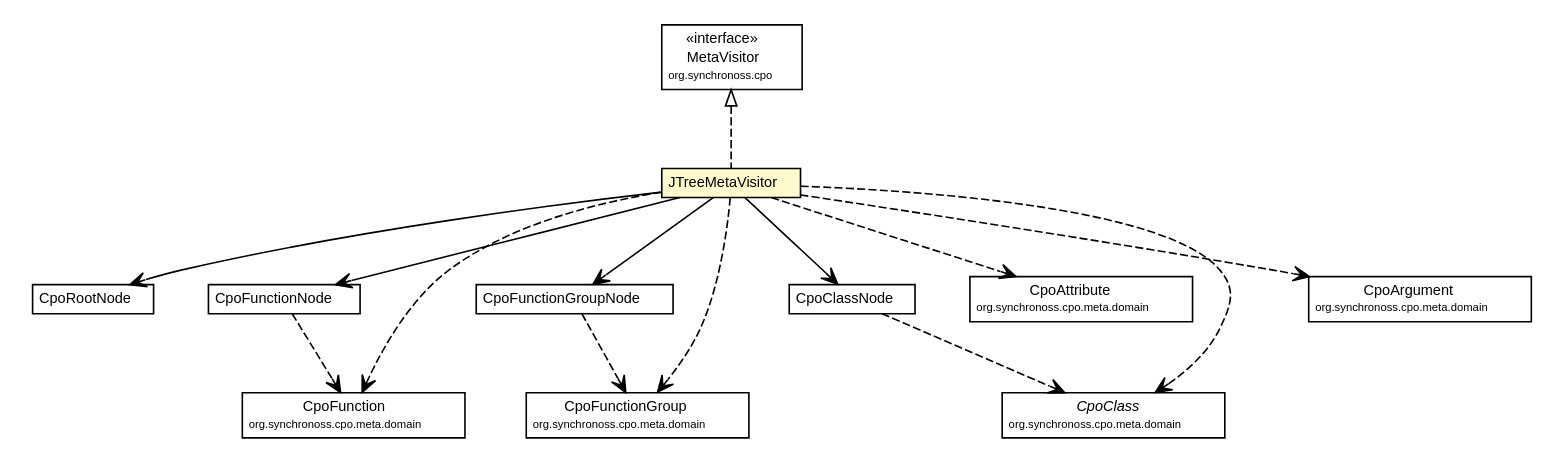
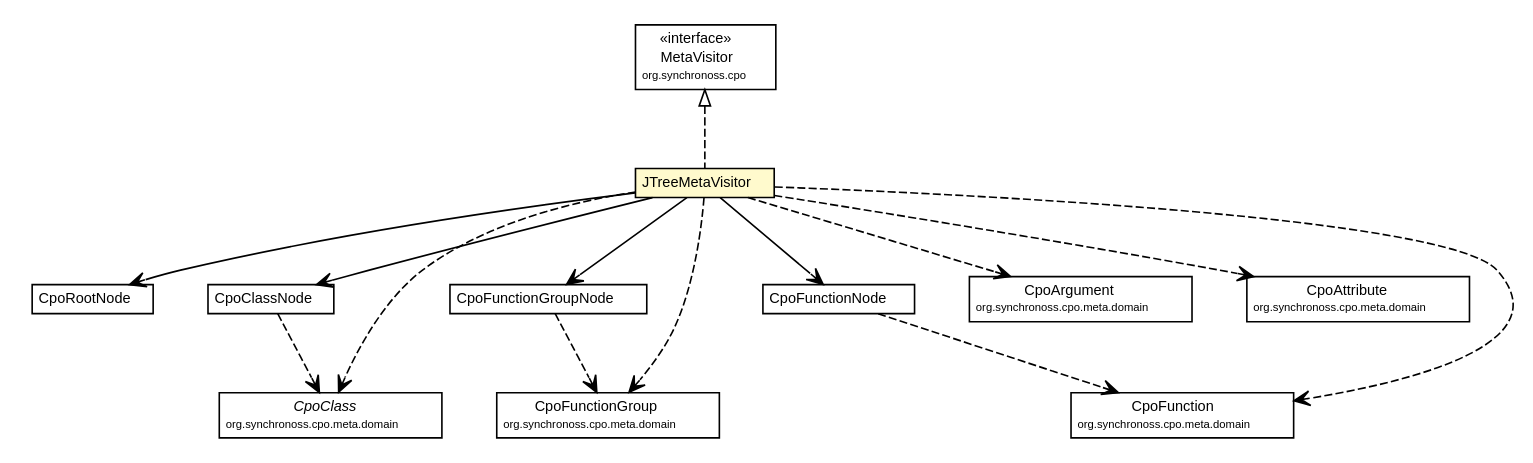
The diagram in site/apidocs/org/synchronoss/cpo/util/JTreeMetaVisitor.dot (synchronoss/cpo-util), drawn with Graphviz before and after one commit. The commit also changed 282 other files, not shown here.

Commit message:
Creating site for cpoUtil, 5.1.1-SNAPSHOT

```diff
--- a/site/apidocs/org/synchronoss/cpo/util/JTreeMetaVisitor.dot
+++ b/site/apidocs/org/synchronoss/cpo/util/JTreeMetaVisitor.dot
@@ -1,109 +1,109 @@
 #!/usr/local/bin/dot
 #
 # Class diagram 
 # Generated by UmlGraph version 4.6 (http://www.spinellis.gr/sw/umlgraph)
 #
 
 digraph G {
 	edge [fontname="Helvetica",fontsize=10,labelfontname="Helvetica",labelfontsize=10];
 	node [fontname="Helvetica",fontsize=10,shape=plaintext];
 	// org.synchronoss.cpo.util.JTreeMetaVisitor
 	c1707 [label=<<table border="0" cellborder="1" cellspacing="0" cellpadding="2" port="p" bgcolor="lemonChiffon" href="./JTreeMetaVisitor.html">
 		<tr><td><table border="0" cellspacing="0" cellpadding="1">
 			<tr><td> JTreeMetaVisitor </td></tr>
 		</table></td></tr>
 		</table>>, fontname="Helvetica", fontcolor="black", fontsize=9.0];
 	// org.synchronoss.cpo.util.CpoRootNode
 	c1715 [label=<<table border="0" cellborder="1" cellspacing="0" cellpadding="2" port="p" href="./CpoRootNode.html">
 		<tr><td><table border="0" cellspacing="0" cellpadding="1">
 			<tr><td> CpoRootNode </td></tr>
 		</table></td></tr>
 		</table>>, fontname="Helvetica", fontcolor="black", fontsize=9.0];
 	// org.synchronoss.cpo.util.CpoFunctionNode
 	c1721 [label=<<table border="0" cellborder="1" cellspacing="0" cellpadding="2" port="p" href="./CpoFunctionNode.html">
 		<tr><td><table border="0" cellspacing="0" cellpadding="1">
 			<tr><td> CpoFunctionNode </td></tr>
 		</table></td></tr>
 		</table>>, fontname="Helvetica", fontcolor="black", fontsize=9.0];
 	// org.synchronoss.cpo.util.CpoClassNode
 	c1723 [label=<<table border="0" cellborder="1" cellspacing="0" cellpadding="2" port="p" href="./CpoClassNode.html">
 		<tr><td><table border="0" cellspacing="0" cellpadding="1">
 			<tr><td> CpoClassNode </td></tr>
 		</table></td></tr>
 		</table>>, fontname="Helvetica", fontcolor="black", fontsize=9.0];
 	// org.synchronoss.cpo.util.CpoFunctionGroupNode
 	c1728 [label=<<table border="0" cellborder="1" cellspacing="0" cellpadding="2" port="p" href="./CpoFunctionGroupNode.html">
 		<tr><td><table border="0" cellspacing="0" cellpadding="1">
 			<tr><td> CpoFunctionGroupNode </td></tr>
 		</table></td></tr>
 		</table>>, fontname="Helvetica", fontcolor="black", fontsize=9.0];
 	//org.synchronoss.cpo.util.JTreeMetaVisitor implements org.synchronoss.cpo.MetaVisitor
 	c1764:p -> c1707:p [dir=back,arrowtail=empty,style=dashed];
 	// org.synchronoss.cpo.util.JTreeMetaVisitor NAVASSOC org.synchronoss.cpo.util.CpoRootNode
 	c1707:p -> c1715:p [taillabel="", label="", headlabel="", fontname="Helvetica", fontcolor="black", fontsize=10.0, color="black", arrowhead=open];
 	// org.synchronoss.cpo.util.JTreeMetaVisitor NAVASSOC org.synchronoss.cpo.util.CpoClassNode
 	c1707:p -> c1723:p [taillabel="", label="", headlabel="", fontname="Helvetica", fontcolor="black", fontsize=10.0, color="black", arrowhead=open];
 	// org.synchronoss.cpo.util.JTreeMetaVisitor NAVASSOC org.synchronoss.cpo.util.CpoFunctionGroupNode
 	c1707:p -> c1728:p [taillabel="", label="", headlabel="", fontname="Helvetica", fontcolor="black", fontsize=10.0, color="black", arrowhead=open];
 	// org.synchronoss.cpo.util.JTreeMetaVisitor NAVASSOC org.synchronoss.cpo.util.CpoFunctionNode
 	c1707:p -> c1721:p [taillabel="", label="", headlabel="", fontname="Helvetica", fontcolor="black", fontsize=10.0, color="black", arrowhead=open];
 	// org.synchronoss.cpo.util.JTreeMetaVisitor DEPEND org.synchronoss.cpo.meta.domain.CpoFunctionGroup
 	c1707:p -> c1766:p [taillabel="", label="", headlabel="", fontname="Helvetica", fontcolor="black", fontsize=10.0, color="black", arrowhead=open, style=dashed];
+	// org.synchronoss.cpo.util.JTreeMetaVisitor DEPEND org.synchronoss.cpo.meta.domain.CpoClass
+	c1707:p -> c1767:p [taillabel="", label="", headlabel="", fontname="Helvetica", fontcolor="black", fontsize=10.0, color="black", arrowhead=open, style=dashed];
+	// org.synchronoss.cpo.util.JTreeMetaVisitor DEPEND org.synchronoss.cpo.meta.domain.CpoArgument
+	c1707:p -> c1768:p [taillabel="", label="", headlabel="", fontname="Helvetica", fontcolor="black", fontsize=10.0, color="black", arrowhead=open, style=dashed];
+	// org.synchronoss.cpo.util.JTreeMetaVisitor DEPEND org.synchronoss.cpo.meta.domain.CpoAttribute
+	c1707:p -> c1769:p [taillabel="", label="", headlabel="", fontname="Helvetica", fontcolor="black", fontsize=10.0, color="black", arrowhead=open, style=dashed];
 	// org.synchronoss.cpo.util.JTreeMetaVisitor DEPEND org.synchronoss.cpo.meta.domain.CpoFunction
-	c1707:p -> c1767:p [taillabel="", label="", headlabel="", fontname="Helvetica", fontcolor="black", fontsize=10.0, color="black", arrowhead=open, style=dashed];
-	// org.synchronoss.cpo.util.JTreeMetaVisitor DEPEND org.synchronoss.cpo.meta.domain.CpoAttribute
-	c1707:p -> c1768:p [taillabel="", label="", headlabel="", fontname="Helvetica", fontcolor="black", fontsize=10.0, color="black", arrowhead=open, style=dashed];
-	// org.synchronoss.cpo.util.JTreeMetaVisitor DEPEND org.synchronoss.cpo.meta.domain.CpoClass
-	c1707:p -> c1769:p [taillabel="", label="", headlabel="", fontname="Helvetica", fontcolor="black", fontsize=10.0, color="black", arrowhead=open, style=dashed];
-	// org.synchronoss.cpo.util.JTreeMetaVisitor DEPEND org.synchronoss.cpo.meta.domain.CpoArgument
 	c1707:p -> c1770:p [taillabel="", label="", headlabel="", fontname="Helvetica", fontcolor="black", fontsize=10.0, color="black", arrowhead=open, style=dashed];
 	// org.synchronoss.cpo.util.CpoFunctionNode DEPEND org.synchronoss.cpo.meta.domain.CpoFunction
-	c1721:p -> c1767:p [taillabel="", label="", headlabel="", fontname="Helvetica", fontcolor="black", fontsize=10.0, color="black", arrowhead=open, style=dashed];
+	c1721:p -> c1770:p [taillabel="", label="", headlabel="", fontname="Helvetica", fontcolor="black", fontsize=10.0, color="black", arrowhead=open, style=dashed];
 	// org.synchronoss.cpo.util.CpoClassNode DEPEND org.synchronoss.cpo.meta.domain.CpoClass
-	c1723:p -> c1769:p [taillabel="", label="", headlabel="", fontname="Helvetica", fontcolor="black", fontsize=10.0, color="black", arrowhead=open, style=dashed];
+	c1723:p -> c1767:p [taillabel="", label="", headlabel="", fontname="Helvetica", fontcolor="black", fontsize=10.0, color="black", arrowhead=open, style=dashed];
 	// org.synchronoss.cpo.util.CpoFunctionGroupNode DEPEND org.synchronoss.cpo.meta.domain.CpoFunctionGroup
 	c1728:p -> c1766:p [taillabel="", label="", headlabel="", fontname="Helvetica", fontcolor="black", fontsize=10.0, color="black", arrowhead=open, style=dashed];
 	// org.synchronoss.cpo.meta.domain.CpoClass
-	c1769 [label=<<table border="0" cellborder="1" cellspacing="0" cellpadding="2" port="p" href="http://java.sun.com/j2se/1.4.2/docs/api/org/synchronoss/cpo/meta/domain/CpoClass.html">
+	c1767 [label=<<table border="0" cellborder="1" cellspacing="0" cellpadding="2" port="p" href="http://java.sun.com/j2se/1.4.2/docs/api/org/synchronoss/cpo/meta/domain/CpoClass.html">
 		<tr><td><table border="0" cellspacing="0" cellpadding="1">
 			<tr><td><font face="Helvetica-Oblique"> CpoClass </font></td></tr>
 			<tr><td><font point-size="7.0"> org.synchronoss.cpo.meta.domain </font></td></tr>
 		</table></td></tr>
 		</table>>, fontname="Helvetica", fontcolor="black", fontsize=9.0];
 	// org.synchronoss.cpo.meta.domain.CpoArgument
-	c1770 [label=<<table border="0" cellborder="1" cellspacing="0" cellpadding="2" port="p" href="http://java.sun.com/j2se/1.4.2/docs/api/org/synchronoss/cpo/meta/domain/CpoArgument.html">
+	c1768 [label=<<table border="0" cellborder="1" cellspacing="0" cellpadding="2" port="p" href="http://java.sun.com/j2se/1.4.2/docs/api/org/synchronoss/cpo/meta/domain/CpoArgument.html">
 		<tr><td><table border="0" cellspacing="0" cellpadding="1">
 			<tr><td> CpoArgument </td></tr>
 			<tr><td><font point-size="7.0"> org.synchronoss.cpo.meta.domain </font></td></tr>
 		</table></td></tr>
 		</table>>, fontname="Helvetica", fontcolor="black", fontsize=9.0];
 	// org.synchronoss.cpo.meta.domain.CpoAttribute
-	c1768 [label=<<table border="0" cellborder="1" cellspacing="0" cellpadding="2" port="p" href="http://java.sun.com/j2se/1.4.2/docs/api/org/synchronoss/cpo/meta/domain/CpoAttribute.html">
+	c1769 [label=<<table border="0" cellborder="1" cellspacing="0" cellpadding="2" port="p" href="http://java.sun.com/j2se/1.4.2/docs/api/org/synchronoss/cpo/meta/domain/CpoAttribute.html">
 		<tr><td><table border="0" cellspacing="0" cellpadding="1">
 			<tr><td> CpoAttribute </td></tr>
 			<tr><td><font point-size="7.0"> org.synchronoss.cpo.meta.domain </font></td></tr>
 		</table></td></tr>
 		</table>>, fontname="Helvetica", fontcolor="black", fontsize=9.0];
 	// org.synchronoss.cpo.meta.domain.CpoFunction
-	c1767 [label=<<table border="0" cellborder="1" cellspacing="0" cellpadding="2" port="p" href="http://java.sun.com/j2se/1.4.2/docs/api/org/synchronoss/cpo/meta/domain/CpoFunction.html">
+	c1770 [label=<<table border="0" cellborder="1" cellspacing="0" cellpadding="2" port="p" href="http://java.sun.com/j2se/1.4.2/docs/api/org/synchronoss/cpo/meta/domain/CpoFunction.html">
 		<tr><td><table border="0" cellspacing="0" cellpadding="1">
 			<tr><td> CpoFunction </td></tr>
 			<tr><td><font point-size="7.0"> org.synchronoss.cpo.meta.domain </font></td></tr>
 		</table></td></tr>
 		</table>>, fontname="Helvetica", fontcolor="black", fontsize=9.0];
 	// org.synchronoss.cpo.meta.domain.CpoFunctionGroup
 	c1766 [label=<<table border="0" cellborder="1" cellspacing="0" cellpadding="2" port="p" href="http://java.sun.com/j2se/1.4.2/docs/api/org/synchronoss/cpo/meta/domain/CpoFunctionGroup.html">
 		<tr><td><table border="0" cellspacing="0" cellpadding="1">
 			<tr><td> CpoFunctionGroup </td></tr>
 			<tr><td><font point-size="7.0"> org.synchronoss.cpo.meta.domain </font></td></tr>
 		</table></td></tr>
 		</table>>, fontname="Helvetica", fontcolor="black", fontsize=9.0];
 	// org.synchronoss.cpo.MetaVisitor
 	c1764 [label=<<table border="0" cellborder="1" cellspacing="0" cellpadding="2" port="p" href="http://java.sun.com/j2se/1.4.2/docs/api/org/synchronoss/cpo/MetaVisitor.html">
 		<tr><td><table border="0" cellspacing="0" cellpadding="1">
 			<tr><td> &laquo;interface&raquo; </td></tr>
 			<tr><td> MetaVisitor </td></tr>
 			<tr><td><font point-size="7.0"> org.synchronoss.cpo </font></td></tr>
 		</table></td></tr>
 		</table>>, fontname="Helvetica", fontcolor="black", fontsize=9.0];
 }
```
